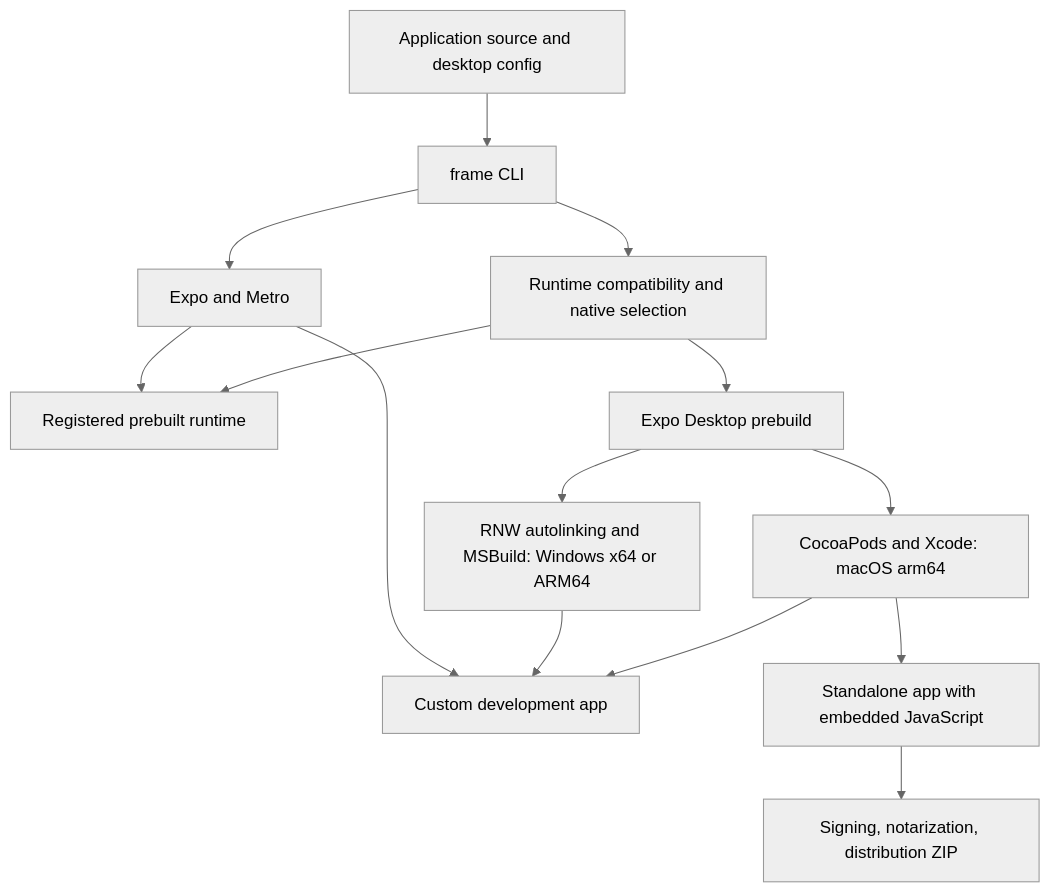
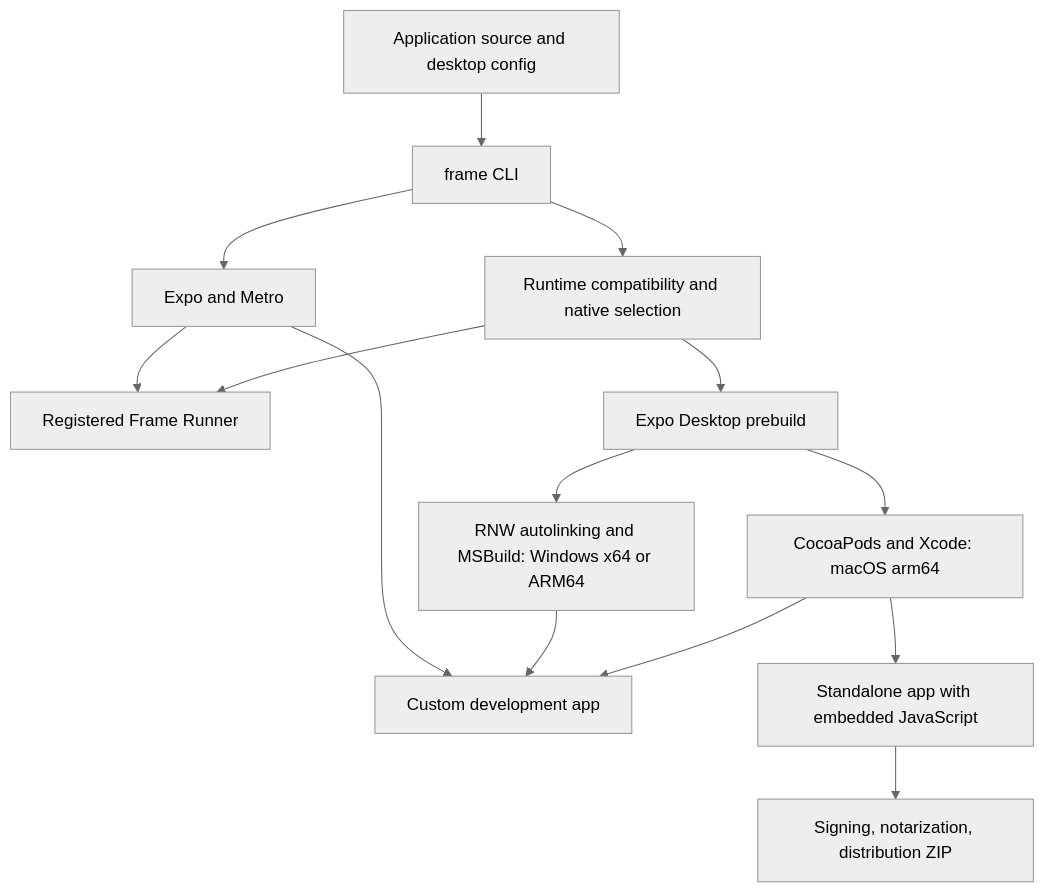
One commit to LegendApp/legend-frame changed the diagram in ARCHITECTURE.md. Above: the diagram before and after it, drawn with Mermaid (neutral theme). The commit also changed other lines of this file and 195 other files, not shown here.

````diff
--- a/ARCHITECTURE.md
+++ b/ARCHITECTURE.md
@@ -20,16 +20,16 @@
 ```mermaid
 flowchart TD
   App[Application source and desktop config] --> CLI[frame CLI]
   CLI --> Metro[Expo and Metro]
   CLI --> Check[Runtime compatibility and native selection]
-  Check --> prebuilt[Registered prebuilt runtime]
+  Check --> prebuilt[Registered Frame Runner]
   Check --> Build[Expo Desktop prebuild]
   Build --> Mac[CocoaPods and Xcode: macOS arm64]
   Build --> Win[RNW autolinking and MSBuild: Windows x64 or ARM64]
   Mac --> Dev[Custom development app]
   Win --> Dev
   Mac --> Release[Standalone app with embedded JavaScript]
   Metro --> prebuilt
   Metro --> Dev
   Release --> Package[Signing, notarization, distribution ZIP]
 ```
````
